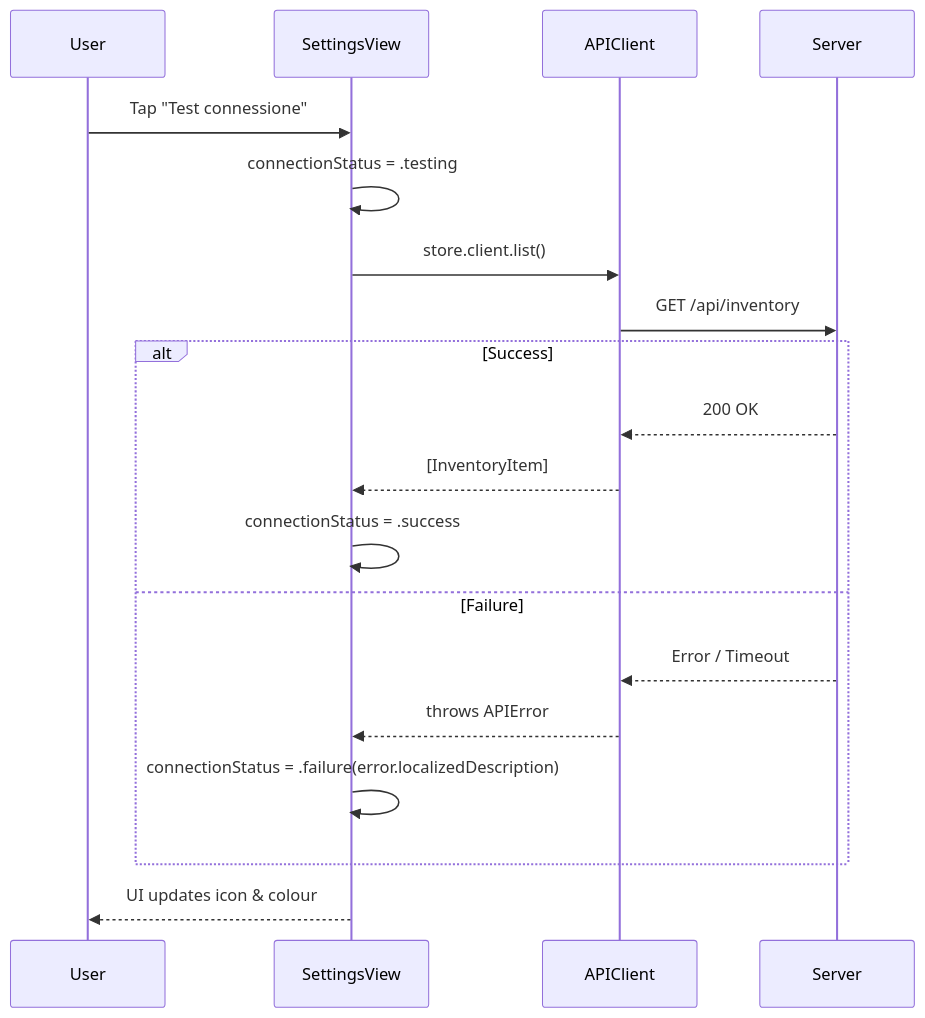
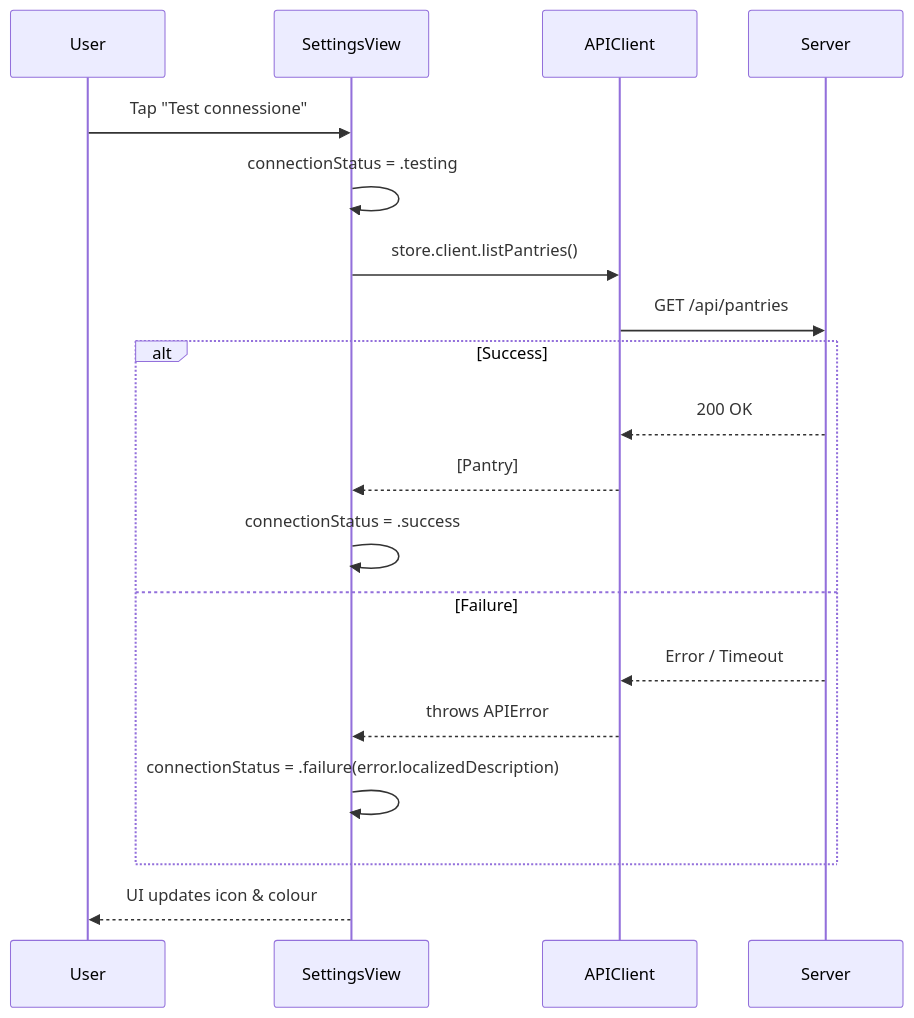
One commit to lorecanc/dispensapp changed the diagram in wiki/components/ios-settings-view.md. Above: the diagram before and after it, drawn with Mermaid. The commit also changed other lines of this file and 56 other files, not shown here.

````diff
--- a/wiki/components/ios-settings-view.md
+++ b/wiki/components/ios-settings-view.md
@@ -64,22 +64,22 @@
 ```mermaid
 sequenceDiagram
     participant User
     participant SettingsView
     participant APIClient
     participant Server
 
     User->>SettingsView: Tap "Test connessione"
     SettingsView->>SettingsView: connectionStatus = .testing
-    SettingsView->>APIClient: store.client.list()
-    APIClient->>Server: GET /api/inventory
+    SettingsView->>APIClient: store.client.listPantries()
+    APIClient->>Server: GET /api/pantries
     alt Success
         Server-->>APIClient: 200 OK
-        APIClient-->>SettingsView: [InventoryItem]
+        APIClient-->>SettingsView: [Pantry]
         SettingsView->>SettingsView: connectionStatus = .success
     else Failure
         Server-->>APIClient: Error / Timeout
         APIClient-->>SettingsView: throws APIError
         SettingsView->>SettingsView: connectionStatus = .failure(error.localizedDescription)
     end
     SettingsView-->>User: UI updates icon & colour
 ```
````
